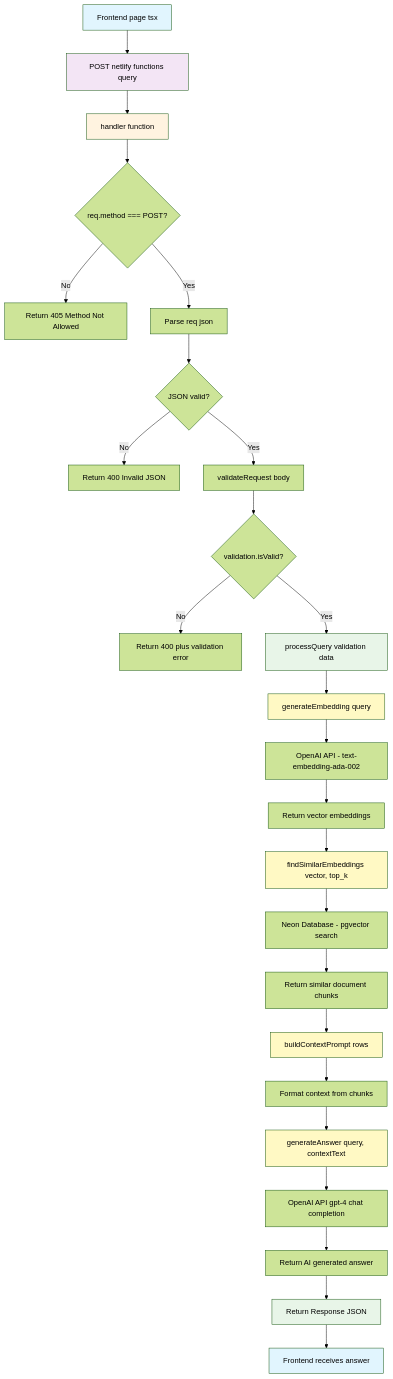
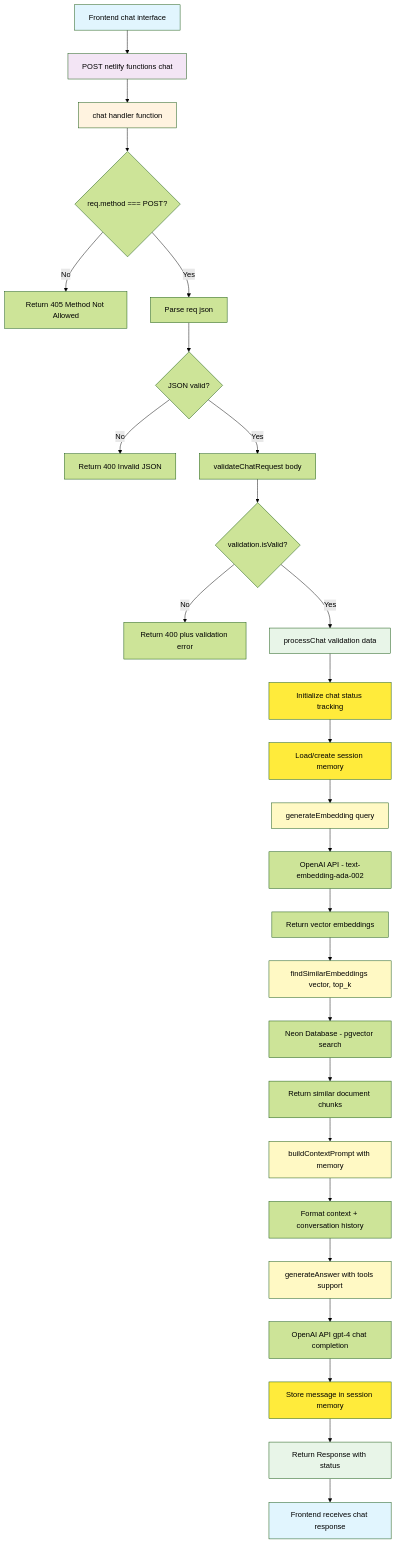
The diagram in docs/rag-architecture.md (rlynjb/adventurecue), drawn with Mermaid (forest theme) before and after one commit. The commit also changed other lines of this file, not shown here.

Commit message:
update to use chat instead

````diff
--- a/docs/rag-architecture.md
+++ b/docs/rag-architecture.md
@@ -115,46 +115,51 @@
 ```mermaid
 graph TD
-    A[Frontend page tsx] --> B[POST netlify functions query]
-    B --> C[handler function]
+    A[Frontend chat interface] --> B[POST netlify functions chat]
+    B --> C[chat handler function]
 
     C --> D{req.method === POST?}
     D -->|No| E[Return 405 Method Not Allowed]
     D -->|Yes| F[Parse req json]
 
     F --> G{JSON valid?}
     G -->|No| H[Return 400 Invalid JSON]
-    G -->|Yes| I[validateRequest body]
+    G -->|Yes| I[validateChatRequest body]
 
     I --> J{validation.isValid?}
     J -->|No| K[Return 400 plus validation error]
-    J -->|Yes| L[processQuery validation data]
+    J -->|Yes| L[processChat validation data]
 
-    L --> M[generateEmbedding query]
-    M --> N[OpenAI API - text-embedding-ada-002]
-    N --> O[Return vector embeddings]
+    L --> M[Initialize chat status tracking]
+    M --> N[Load/create session memory]
+    N --> O[generateEmbedding query]
+    O --> P[OpenAI API - text-embedding-ada-002]
+    P --> Q[Return vector embeddings]
 
-    O --> P[findSimilarEmbeddings vector, top_k]
-    P --> Q[Neon Database - pgvector search]
-    Q --> R[Return similar document chunks]
+    Q --> R[findSimilarEmbeddings vector, top_k]
+    R --> S[Neon Database - pgvector search]
+    S --> T[Return similar document chunks]
 
-    R --> S[buildContextPrompt rows]
-    S --> T[Format context from chunks]
+    T --> U[buildContextPrompt with memory]
+    U --> V[Format context + conversation history]
 
-    T --> U[generateAnswer query, contextText]
-    U --> V[OpenAI API gpt-4 chat completion]
-    V --> W[Return AI generated answer]
+    V --> W[generateAnswer with tools support]
+    W --> X[OpenAI API gpt-4 chat completion]
+    X --> Y[Store message in session memory]
 
-    W --> X[Return Response JSON]
-    X --> Y[Frontend receives answer]
+    Y --> Z[Return Response with status]
+    Z --> AA[Frontend receives chat response]
 
     style A fill:#e1f5fe
     style B fill:#f3e5f5
     style C fill:#fff3e0
     style L fill:#e8f5e8
-    style M fill:#fff9c4
-    style P fill:#fff9c4
-    style S fill:#fff9c4
+    style M fill:#ffeb3b
+    style N fill:#ffeb3b
+    style O fill:#fff9c4
+    style R fill:#fff9c4
     style U fill:#fff9c4
-    style X fill:#e8f5e8
-    style Y fill:#e1f5fe
+    style W fill:#fff9c4
+    style Y fill:#ffeb3b
+    style Z fill:#e8f5e8
+    style AA fill:#e1f5fe
 ```
````
